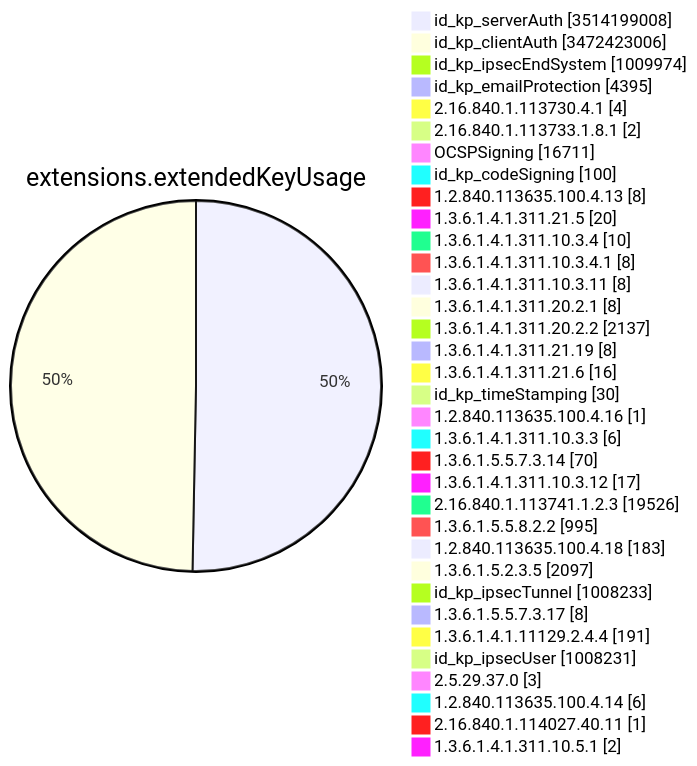
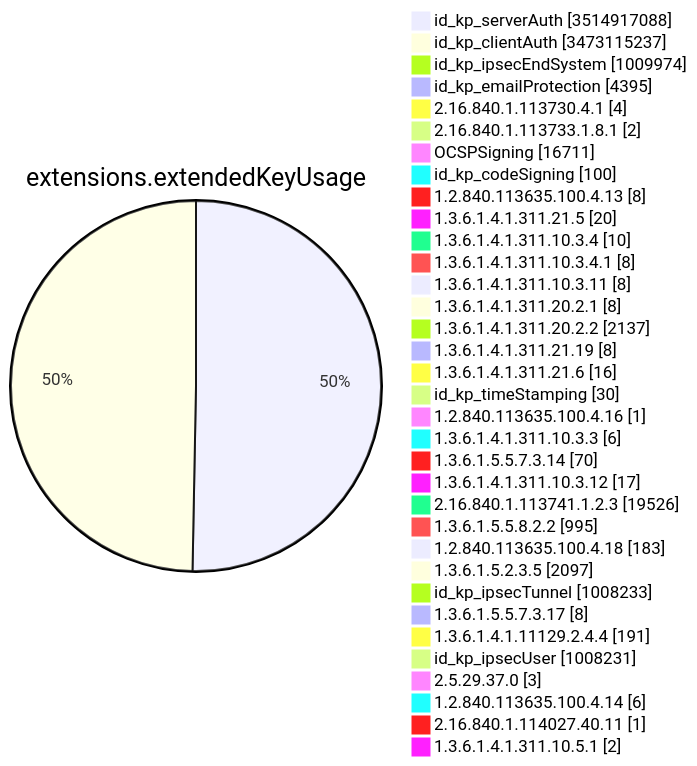
One commit to christiankrug/ctmonitor_visualization changed diagram 11 of 15 in TOTAL/README.md. Above: the diagram before and after it, drawn with Mermaid. The commit also changed other lines of this file, not shown here.

````diff
--- a/TOTAL/README.md
+++ b/TOTAL/README.md
@@ -4126,38 +4126,38 @@
 ```mermaid
 pie showData
 title extensions.extendedKeyUsage
-"id_kp_serverAuth" :3514199008
-"id_kp_clientAuth" :3472423006
+"id_kp_serverAuth" :3514917088
+"id_kp_clientAuth" :3473115237
 "id_kp_ipsecEndSystem" :1009974
 "id_kp_emailProtection" :4395
 "2.16.840.1.113730.4.1" :4
 "2.16.840.1.113733.1.8.1" :2
 "OCSPSigning" :16711
 "id_kp_codeSigning" :100
 "1.2.840.113635.100.4.13" :8
 "1.3.6.1.4.1.311.21.5" :20
 "1.3.6.1.4.1.311.10.3.4" :10
 "1.3.6.1.4.1.311.10.3.4.1" :8
 "1.3.6.1.4.1.311.10.3.11" :8
 "1.3.6.1.4.1.311.20.2.1" :8
 "1.3.6.1.4.1.311.20.2.2" :2137
 "1.3.6.1.4.1.311.21.19" :8
 "1.3.6.1.4.1.311.21.6" :16
 "id_kp_timeStamping" :30
 "1.2.840.113635.100.4.16" :1
 "1.3.6.1.4.1.311.10.3.3" :6
 "1.3.6.1.5.5.7.3.14" :70
 "1.3.6.1.4.1.311.10.3.12" :17
 "2.16.840.1.113741.1.2.3" :19526
 "1.3.6.1.5.5.8.2.2" :995
 "1.2.840.113635.100.4.18" :183
 "1.3.6.1.5.2.3.5" :2097
 "id_kp_ipsecTunnel" :1008233
 "1.3.6.1.5.5.7.3.17" :8
 "1.3.6.1.4.1.11129.2.4.4" :191
 "id_kp_ipsecUser" :1008231
 "2.5.29.37.0" :3
 "1.2.840.113635.100.4.14" :6
 "2.16.840.1.114027.40.11" :1
 "1.3.6.1.4.1.311.10.5.1" :2
 ```
````
